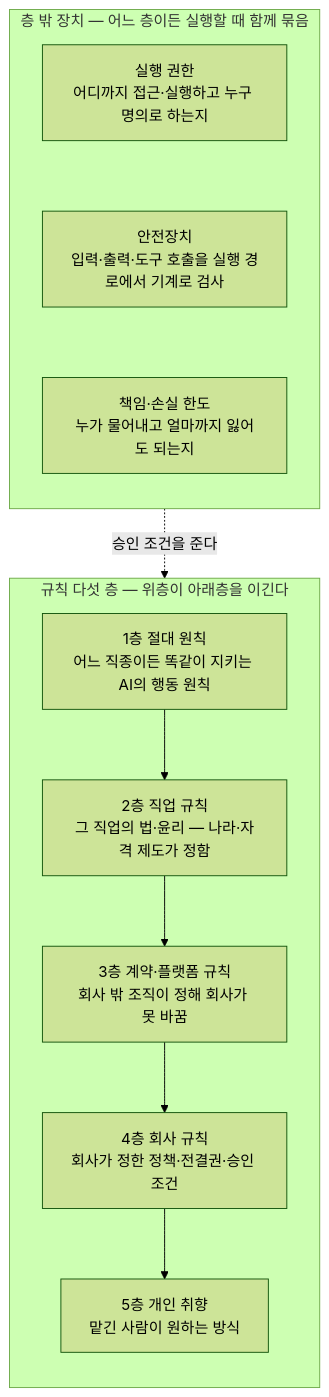
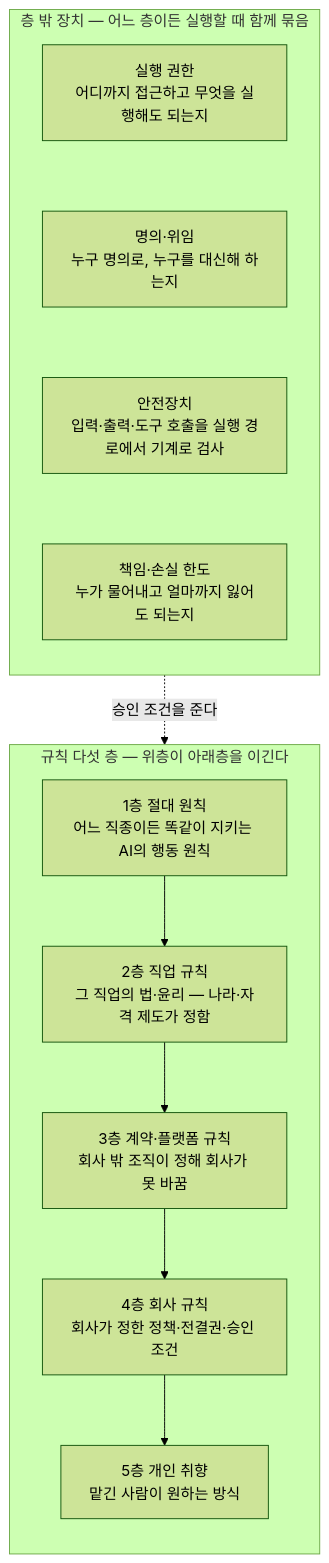
The diagram in 전문가 에이전트 정의.md (harisbaguette/expert), drawn with Mermaid (forest theme) before and after one commit. The commit also changed other lines of this file, not shown here.

````diff
--- a/전문가 에이전트 정의.md
+++ b/전문가 에이전트 정의.md
@@ -408,20 +412,21 @@
 ```mermaid
 flowchart TB
     subgraph LAYERS["규칙 다섯 층 — 위층이 아래층을 이긴다"]
         direction TB
         L1["1층 절대 원칙<br/>어느 직종이든 똑같이 지키는 AI의 행동 원칙"]
         L2["2층 직업 규칙<br/>그 직업의 법·윤리 — 나라·자격 제도가 정함"]
         L3["3층 계약·플랫폼 규칙<br/>회사 밖 조직이 정해 회사가 못 바꿈"]
         L4["4층 회사 규칙<br/>회사가 정한 정책·전결권·승인 조건"]
         L5["5층 개인 취향<br/>맡긴 사람이 원하는 방식"]
         L1 --> L2 --> L3 --> L4 --> L5
     end
     subgraph DEVICES["층 밖 장치 — 어느 층이든 실행할 때 함께 묶음"]
         direction TB
-        P["실행 권한<br/>어디까지 접근·실행하고 누구 명의로 하는지"]
+        P["실행 권한<br/>어디까지 접근하고 무엇을 실행해도 되는지"]
+        I["명의·위임<br/>누구 명의로, 누구를 대신해 하는지"]
         G["안전장치<br/>입력·출력·도구 호출을 실행 경로에서 기계로 검사"]
         R["책임·손실 한도<br/>누가 물어내고 얼마까지 잃어도 되는지"]
-        P ~~~ G ~~~ R
+        P ~~~ I ~~~ G ~~~ R
     end
     R -. 승인 조건을 준다 .-> L4
 ```
````
